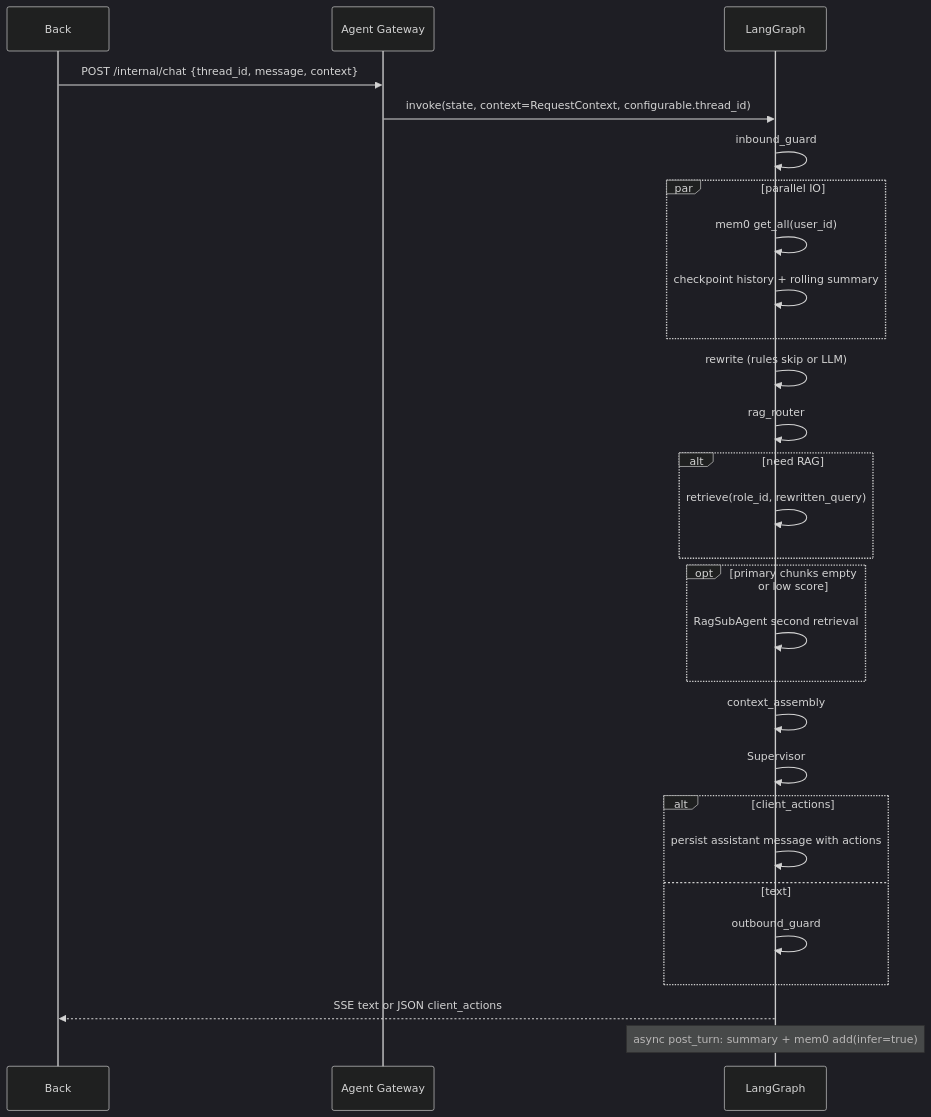
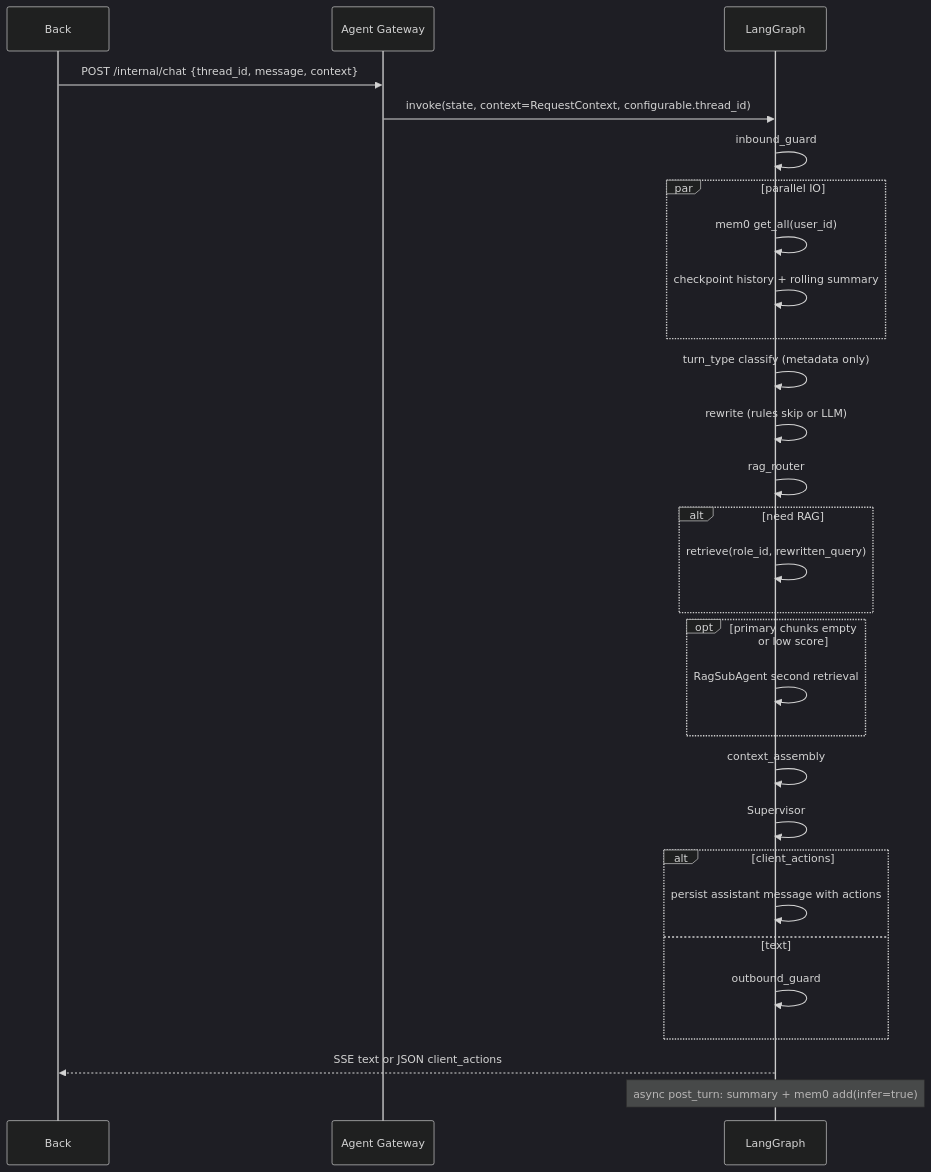
The diagram in README.md (lrxCn/commonAgent), drawn with Mermaid (dark theme) before and after one commit. The commit also changed other lines of this file and 20 other files, not shown here.

Commit message:
feat-28: turn-type

````diff
--- a/README.md
+++ b/README.md
@@ -197,31 +197,32 @@
 ```mermaid
 sequenceDiagram
   participant Back
   participant GW as Agent Gateway
   participant G as LangGraph
 
   Back->>GW: POST /internal/chat {thread_id, message, context}
   GW->>G: invoke(state, context=RequestContext, configurable.thread_id)
   G->>G: inbound_guard
   par parallel IO
     G->>G: mem0 get_all(user_id)
     G->>G: checkpoint history + rolling summary
   end
+  G->>G: turn_type classify (metadata only)
   G->>G: rewrite (rules skip or LLM)
   G->>G: rag_router
   alt need RAG
     G->>G: retrieve(role_id, rewritten_query)
   end
   opt primary chunks empty or low score
     G->>G: RagSubAgent second retrieval
   end
   G->>G: context_assembly
   G->>G: Supervisor
   alt client_actions
     G->>G: persist assistant message with actions
   else text
     G->>G: outbound_guard
   end
   G-->>Back: SSE text or JSON client_actions
   Note over G: async post_turn: summary + mem0 add(infer=true)
 ```
````
